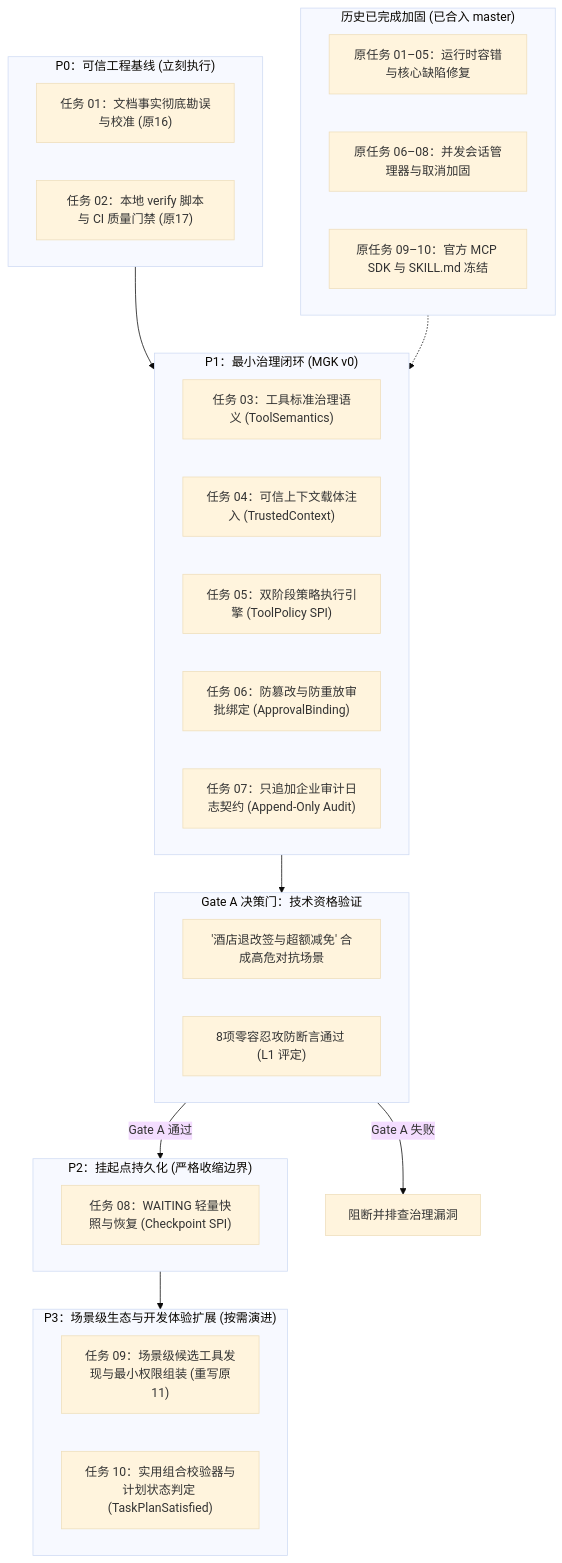
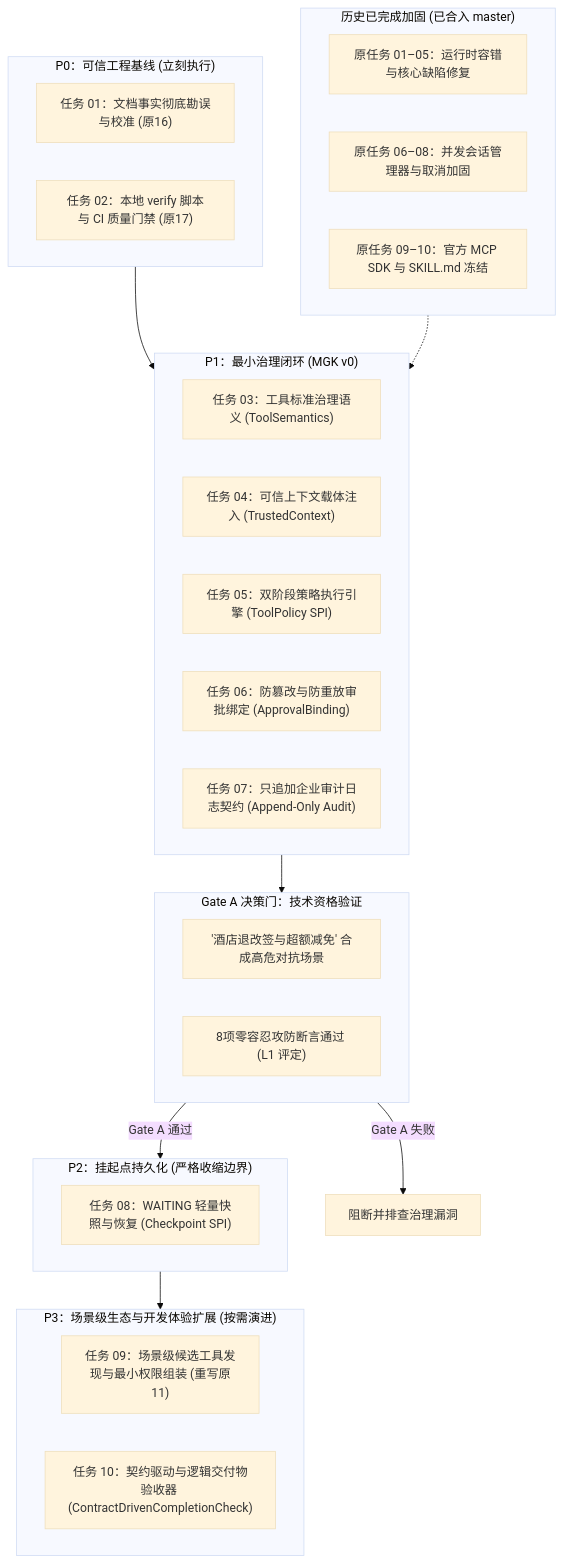
Before and after one commit to yuluo15/agent-sdk: the diagram in docs/23-Agent-SDK工程加固与治理建设Backlog.md, drawn with Mermaid (base theme). The commit also changed other lines of this file and 7 other files, not shown here.

Commit message:
feat(governance): implement Task 04 TrustedContext injection and plan alignment (#23)

````diff
--- a/docs/23-Agent-SDK工程加固与治理建设Backlog.md
+++ b/docs/23-Agent-SDK工程加固与治理建设Backlog.md
@@ -33,42 +33,42 @@
 ```mermaid
 flowchart TD
     subgraph P0["P0：可信工程基线 (立刻执行)"]
         T01["任务 01：文档事实彻底勘误与校准 (原16)"]
         T02["任务 02：本地 verify 脚本与 CI 质量门禁 (原17)"]
     end
 
     subgraph ARCHIVE["历史已完成加固 (已合入 master)"]
         H_P0["原任务 01–05：运行时容错与核心缺陷修复"]
         H_P1["原任务 06–08：并发会话管理器与取消加固"]
         H_P2["原任务 09–10：官方 MCP SDK 与 SKILL.md 冻结"]
     end
 
     subgraph P1["P1：最小治理闭环 (MGK v0)"]
         T03["任务 03：工具标准治理语义 (ToolSemantics)"]
         T04["任务 04：可信上下文载体注入 (TrustedContext)"]
         T05["任务 05：双阶段策略执行引擎 (ToolPolicy SPI)"]
         T06["任务 06：防篡改与防重放审批绑定 (ApprovalBinding)"]
         T07["任务 07：只追加企业审计日志契约 (Append-Only Audit)"]
     end
 
     subgraph GATE_A["Gate A 决策门：技术资格验证"]
         SYNTHETIC["'酒店退改签与超额减免' 合成高危对抗场景"]
         ASSERT["8项零容忍攻防断言通过 (L1 评定)"]
     end
 
     subgraph P2["P2：挂起点持久化 (严格收缩边界)"]
         T08["任务 08：WAITING 轻量快照与恢复 (Checkpoint SPI)"]
     end
 
     subgraph P3["P3：场景级生态与开发体验扩展 (按需演进)"]
         T09["任务 09：场景级候选工具发现与最小权限组装 (重写原11)"]
-        T10["任务 10：实用组合校验器与计划状态判定 (TaskPlanSatisfied)"]
+        T10["任务 10：契约驱动与逻辑交付物验收器 (ContractDrivenCompletionCheck)"]
     end
 
     P0 --> P1
     ARCHIVE -.-> P1
     P1 --> GATE_A
     GATE_A -- "Gate A 通过" --> P2
     P2 --> P3
     GATE_A -- "Gate A 失败" --> FREEZE["阻断并排查治理漏洞"]
 ```
````
